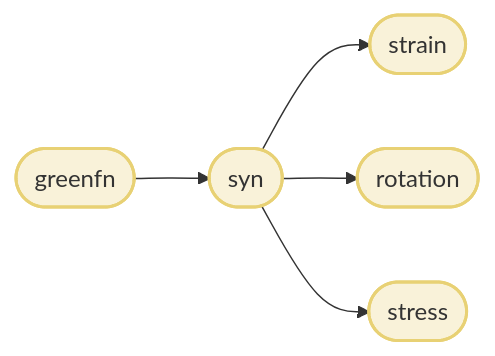
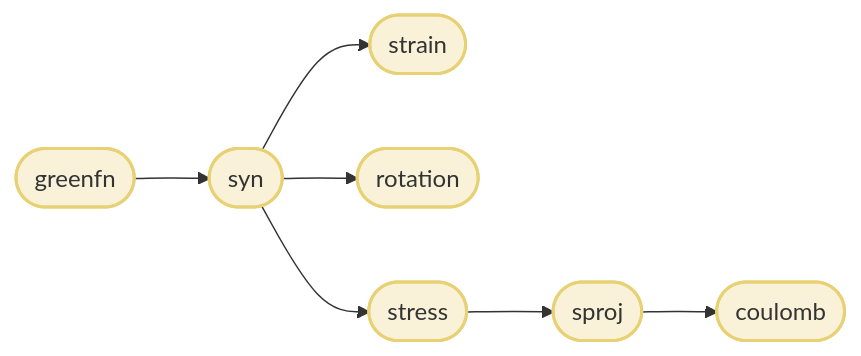
The first of 3 diagrams in docs/source/Module/index.rst (Dengda98/PyGRT), drawn with Mermaid before and after one commit. The commit also changed other lines of this file and 21 other files, not shown here.

```diff
--- a/docs/source/Module/index.rst
+++ b/docs/source/Module/index.rst
@@ -25,17 +25,18 @@
             .. mermaid::
 
                 flowchart LR 
 
                 GG(["greenfn"])
                 SS(["syn"])
                 EE(["strain"])
                 RR(["rotation"])
                 TT(["stress"])
 
                 GG --> SS
                 SS --> EE
                 SS --> RR
                 SS --> TT
+                TT --> SP(["sproj"]) --> CO(["coulomb"])
                 
                 classDef cmdcls fill:#f9f2d9,stroke:#e8d174,stroke-width:2px,color:#333;
-                class GG,SS,EE,RR,TT cmdcls
+                class GG,SS,EE,RR,TT,SP,CO cmdcls
```
